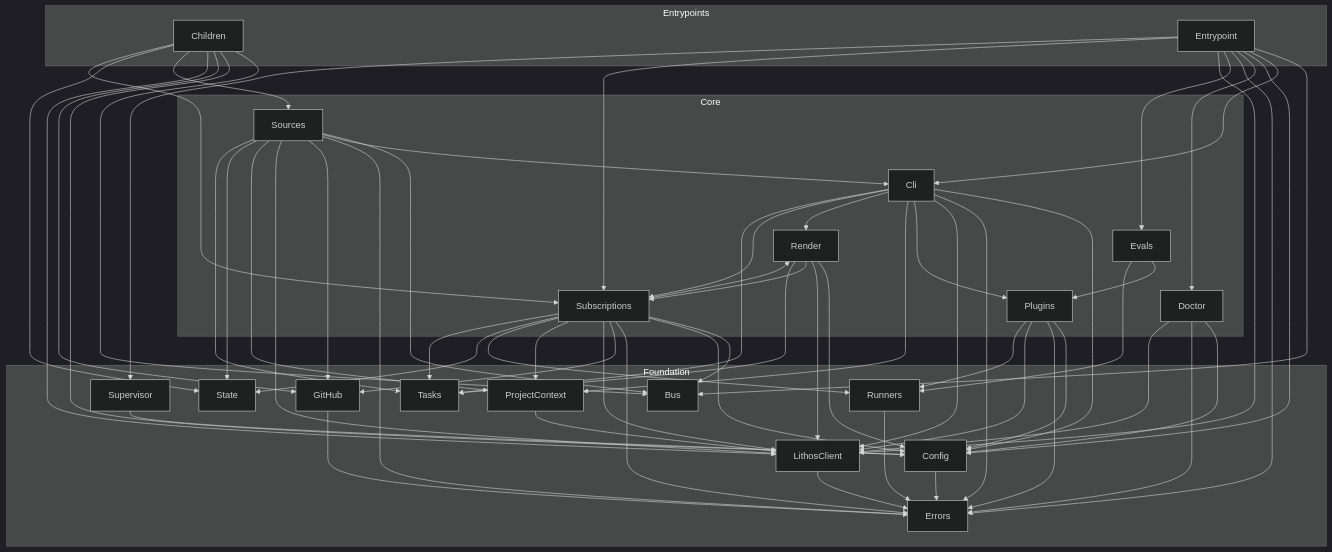
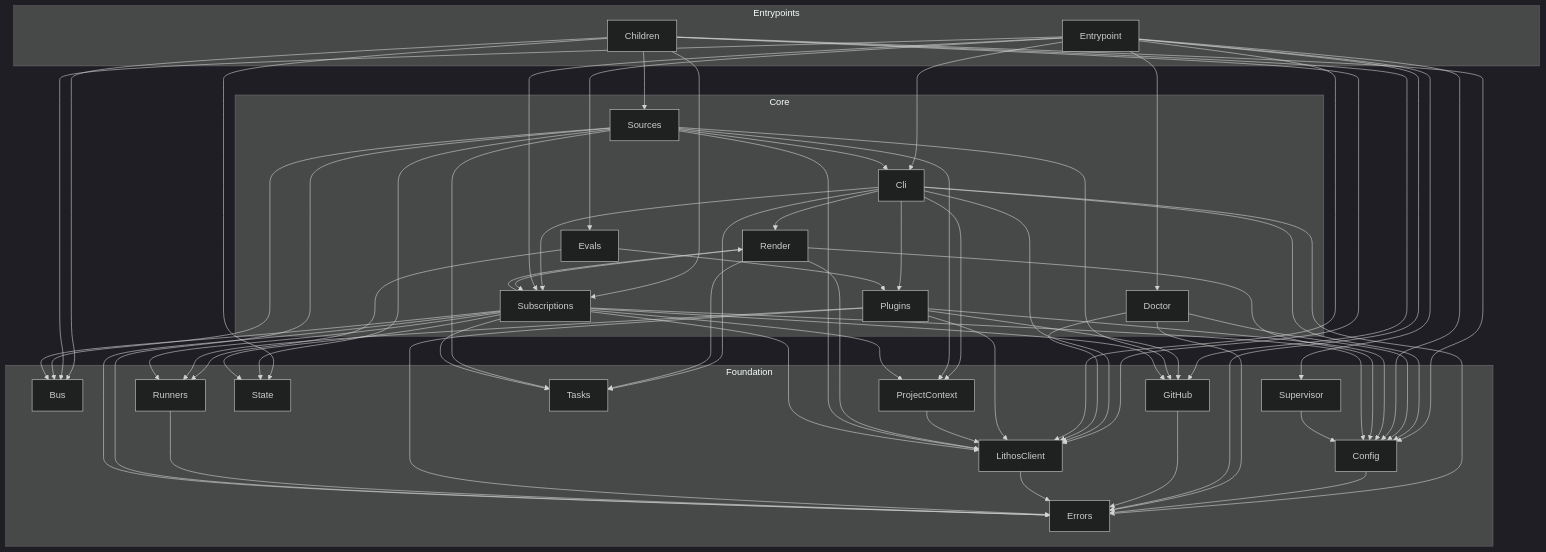
One commit to agent-lore/lithos-loom changed the diagram in docs/generated/architecture.md. Above: the diagram before and after it, drawn with Mermaid (dark theme). The commit also changed 8 other files, not shown here.

```diff
--- a/docs/generated/architecture.md
+++ b/docs/generated/architecture.md
@@ -64,6 +64,7 @@
   LithosClient --> Errors
   Plugins --> Config
   Plugins --> Errors
+  Plugins --> GitHub
   Plugins --> LithosClient
   Plugins --> Runners
   ProjectContext --> LithosClient
```
